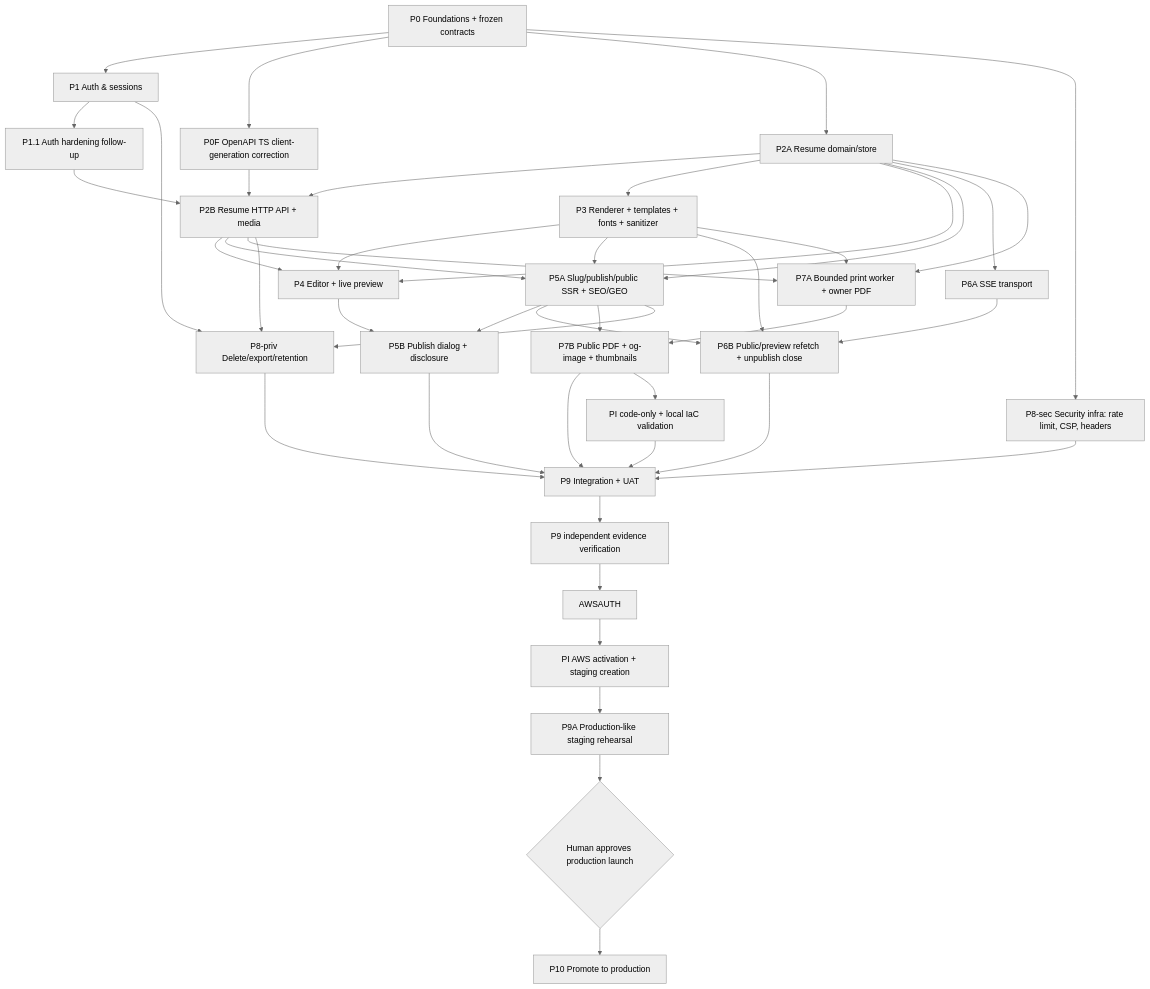
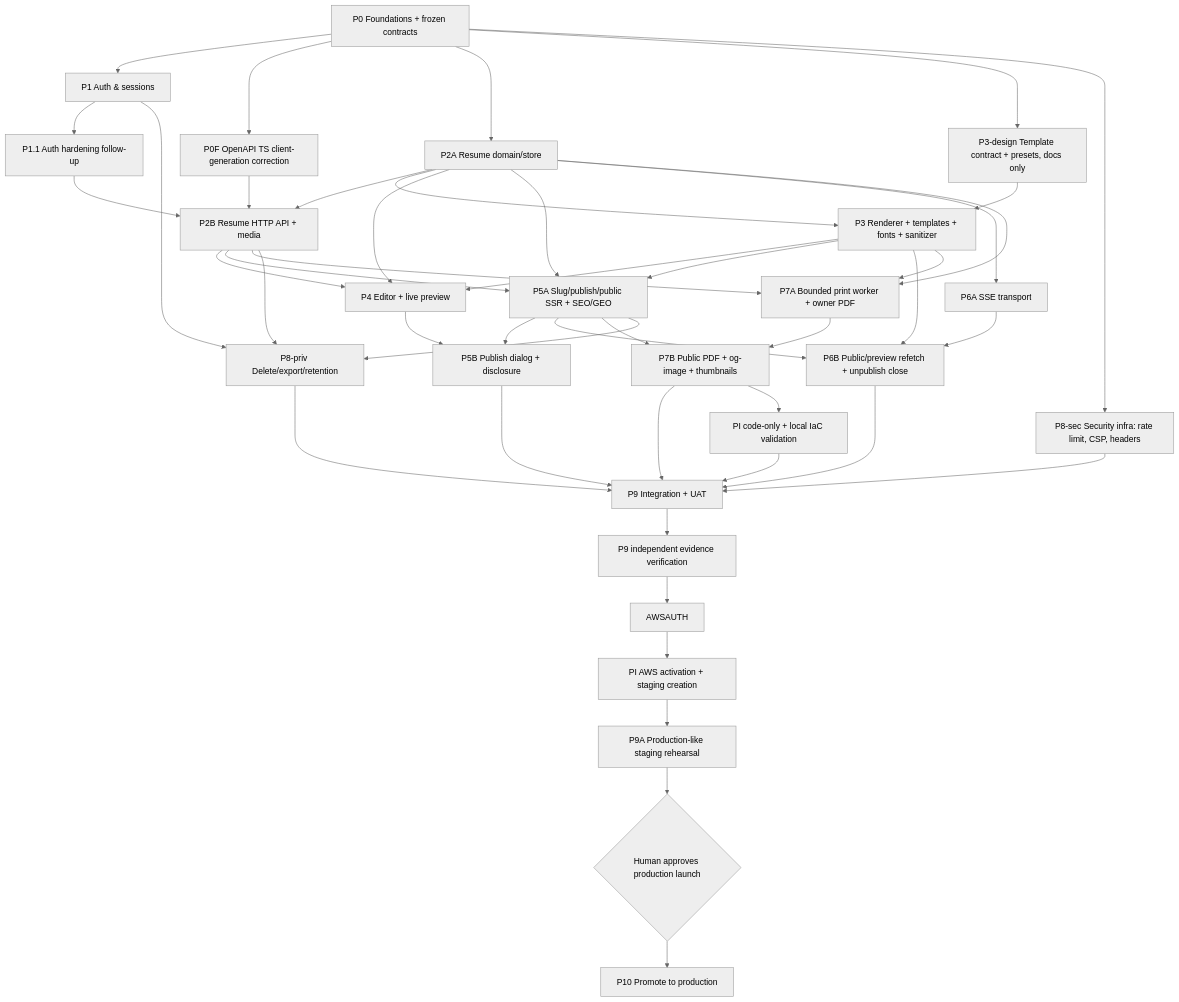
One commit to dannyota/aboutme changed the diagram in docs/plans/implementation-plan.md. Above: the diagram before and after it, drawn with Mermaid (neutral theme). The commit also changed other lines of this file and 76 other files, not shown here.

````diff
--- a/docs/plans/implementation-plan.md
+++ b/docs/plans/implementation-plan.md
@@ -142,45 +174,47 @@
 ```mermaid
 graph TD
     P0[P0 Foundations + frozen contracts] --> P1[P1 Auth & sessions]
     P0 --> P0F[P0F OpenAPI TS client-generation correction]
     P1 --> P1F[P1.1 Auth hardening follow-up]
     P0 --> P2A[P2A Resume domain/store]
     P1F --> P2B[P2B Resume HTTP API + media]
     P0F --> P2B
     P2A --> P2B
-    P2A --> P3[P3 Renderer + templates + fonts + sanitizer]
+    P0 --> P3D[P3-design Template contract + presets, docs only]
+    P3D --> P3[P3 Renderer + templates + fonts + sanitizer]
+    P2A --> P3
     P2A --> P4[P4 Editor + live preview]
     P2B --> P4
     P3 --> P4
     P2A --> P5A[P5A Slug/publish/public SSR + SEO/GEO]
     P2B --> P5A
     P3 --> P5A
     P4 --> P5B[P5B Publish dialog + disclosure]
     P5A --> P5B
     P2A --> P6A[P6A SSE transport]
     P3 --> P6B[P6B Public/preview refetch + unpublish close]
     P5A --> P6B
     P6A --> P6B
     P2A --> P7A[P7A Bounded print worker + owner PDF]
     P2B --> P7A
     P3 --> P7A
     P5A --> P7B[P7B Public PDF + og-image + thumbnails]
     P7A --> P7B
     P0 --> P8S[P8-sec Security infra: rate limit, CSP, headers]
     P8S --> P9
     P1 --> P8P[P8-priv Delete/export/retention]
     P2B --> P8P
     P5A --> P8P
     P5B --> P9[P9 Integration + UAT]
     P6B --> P9
     P7B --> P9
     P8P --> P9
     P7B --> PIC[PI code-only + local IaC validation]
     PIC --> P9
     P9 --> EV[P9 independent evidence verification]
     EV --> AWSAUTH
     AWSAUTH --> PIA[PI AWS activation + staging creation]
     PIA --> P9A[P9A Production-like staging rehearsal]
     P9A --> PRODAUTH{Human approves production launch}
     PRODAUTH --> P10[P10 Promote to production]
 ```
````
